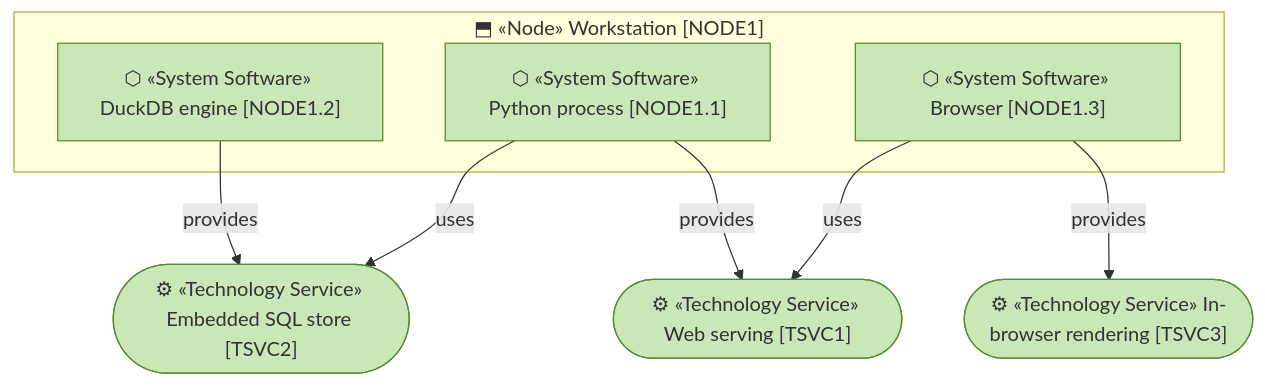
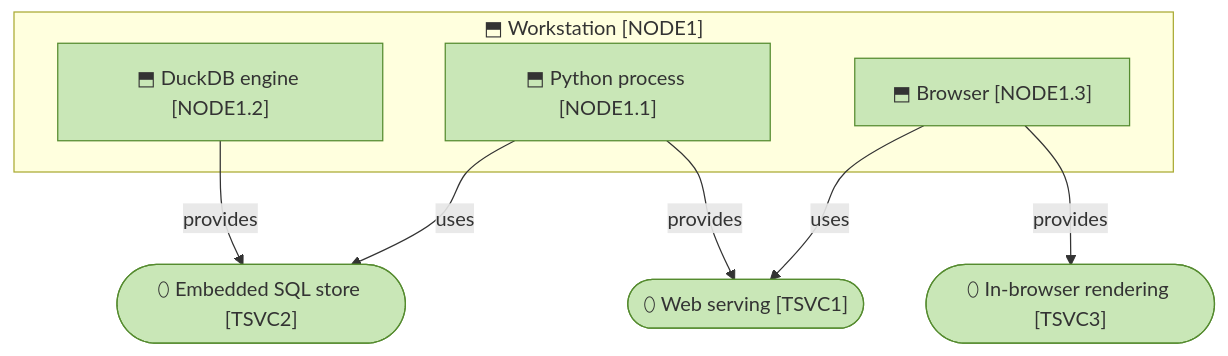
The second of 4 diagrams in architecture/5_technology/1_runtime.md (bocanegratqut/dbx-enterprise-architecture), drawn with Mermaid before and after one commit. The commit also changed other lines of this file and 25 other files, not shown here.

````diff
--- a/architecture/5_technology/1_runtime.md
+++ b/architecture/5_technology/1_runtime.md
@@ -11,18 +25,18 @@
 ```mermaid
 flowchart TB
-  subgraph WS["⬒ «Node» Workstation [NODE1]"]
-    py["⬡ «System Software» Python process [NODE1.1]"]:::technology
-    duck["⬡ «System Software» DuckDB engine [NODE1.2]"]:::technology
-    browser["⬡ «System Software» Browser [NODE1.3]"]:::technology
+  subgraph WS["⬒ Workstation [NODE1]"]
+    py["⬒ Python process [NODE1.1]"]:::technology
+    duck["⬒ DuckDB engine [NODE1.2]"]:::technology
+    browser["⬒ Browser [NODE1.3]"]:::technology
   end
-  web(["⚙ «Technology Service» Web serving [TSVC1]"]):::technology
-  sql(["⚙ «Technology Service» Embedded SQL store [TSVC2]"]):::technology
-  render(["⚙ «Technology Service» In-browser rendering [TSVC3]"]):::technology
+  web(["⬯ Web serving [TSVC1]"]):::technology
+  sql(["⬯ Embedded SQL store [TSVC2]"]):::technology
+  render(["⬯ In-browser rendering [TSVC3]"]):::technology
   py -->|provides| web
   duck -->|provides| sql
   browser -->|provides| render
   py -->|uses| sql
   browser -->|uses| web
 
   classDef technology fill:#c9e7b7,stroke:#558b2f,color:#333
 ```
````
